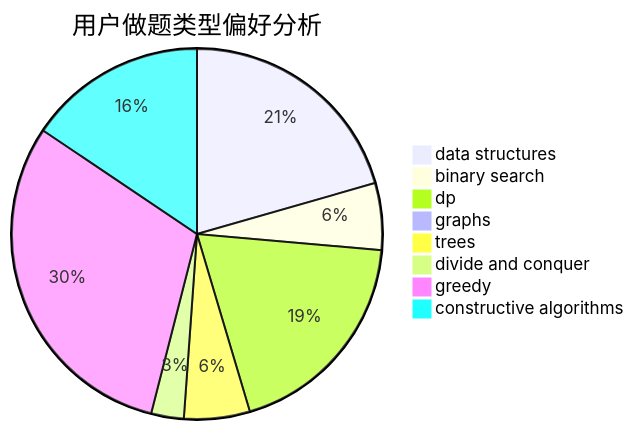
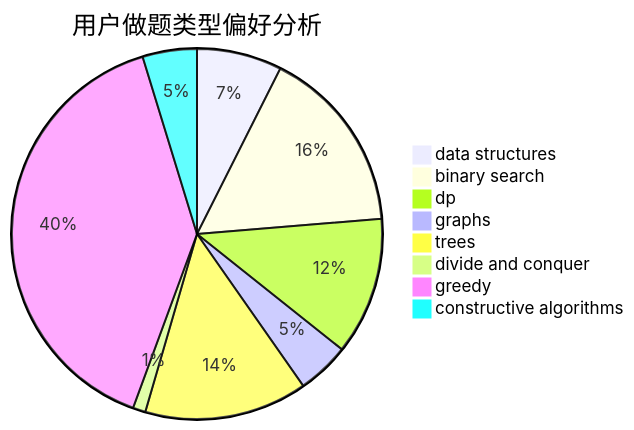
The second of 3 diagrams in docs/user/u304.md (sherpahu/cfrs.github.io), drawn with Mermaid before and after one commit. The commit also changed other lines of this file and 2770 other files, not shown here.

````diff
--- a/docs/user/u304.md
+++ b/docs/user/u304.md
@@ -23,11 +23,11 @@
 ```mermaid
 pie title 用户做题类型偏好分析
-    "data structures" :  462
-    "binary search" :  131
-    "dp" :  427
-    "graphs" :  4
-    "trees" :  129
-    "divide and conquer" :  64
-    "greedy" :  684
-    "constructive algorithms" :  350
+    "data structures" :  47
+    "binary search" :  103
+    "dp" :  76
+    "graphs" :  29
+    "trees" :  90
+    "divide and conquer" :  7
+    "greedy" :  251
+    "constructive algorithms" :  30
 ```
````
